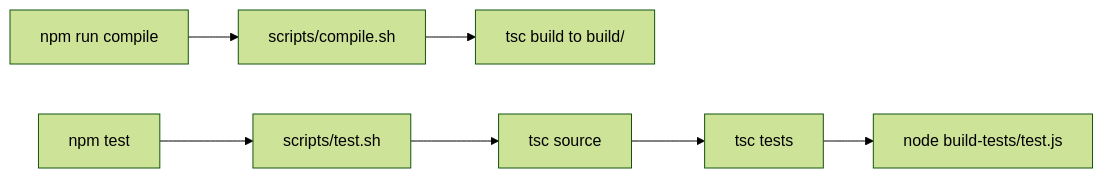
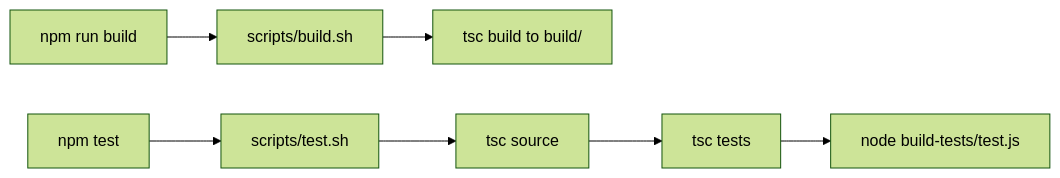
The fourth of 4 diagrams in docs/ARCHITECTURE.md (NetFeez/Vortez), drawn with Mermaid (forest theme) before and after one commit. The commit also changed 5 other files, not shown here.

Commit message:
refactor: rename compile script to build and update related scripts

````diff
--- a/docs/ARCHITECTURE.md
+++ b/docs/ARCHITECTURE.md
@@ -110,9 +110,9 @@
 ```mermaid
 flowchart LR
-    A[npm run compile] --> B[scripts/compile.sh]
+    A[npm run build] --> B[scripts/build.sh]
     B --> C[tsc build to build/]
     D[npm test] --> E[scripts/test.sh]
     E --> F[tsc source]
     F --> G[tsc tests]
     G --> H[node build-tests/test.js]
 ```
````
